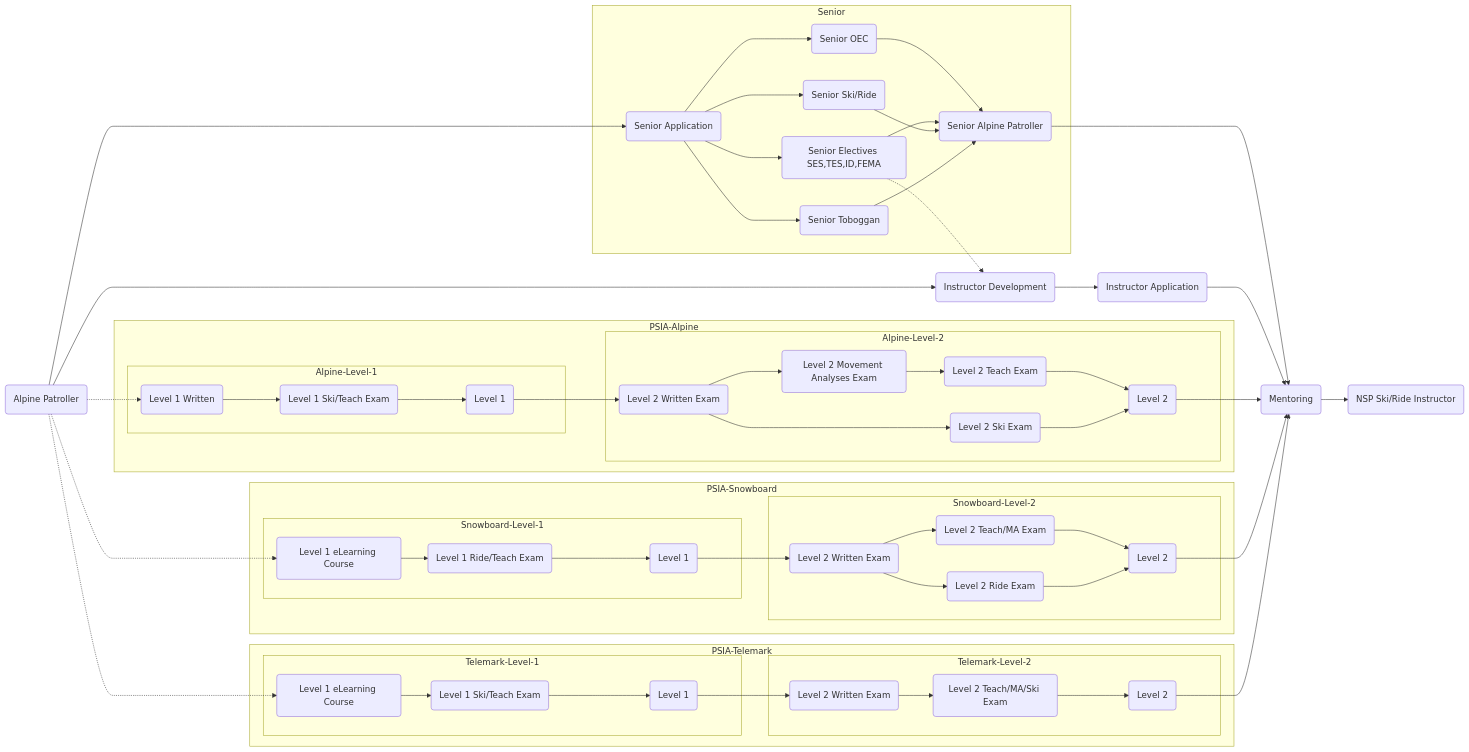
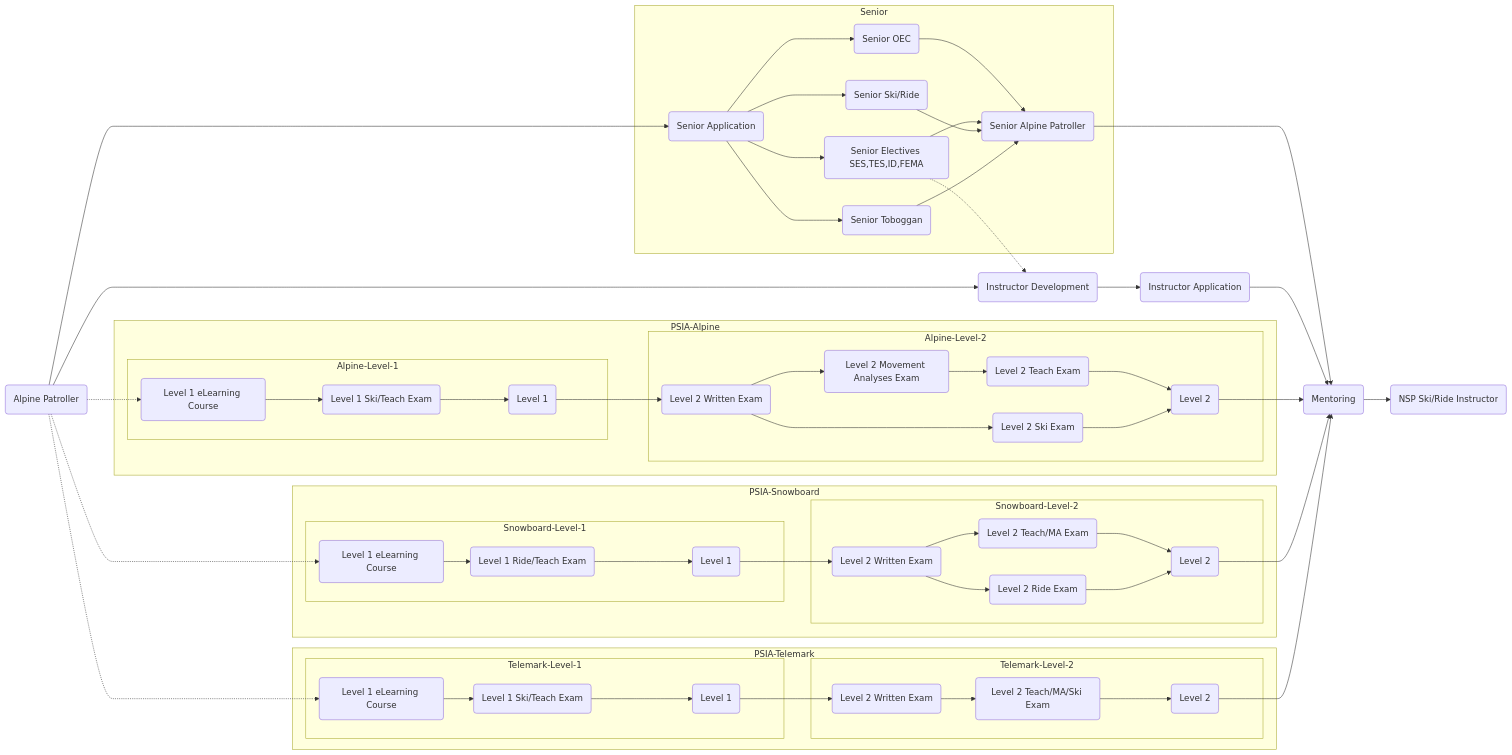
Before and after one commit to brookpatten/nsp-ohio-instructor-path: the diagram in README.md, drawn with Mermaid.

````diff
--- a/README.md
+++ b/README.md
@@ -1,69 +1,69 @@
 ```mermaid
   flowchart LR;
       AP(Alpine Patroller) --> SPA(Senior Application);
       subgraph Senior
       SPA --> SOEC(Senior OEC);
       SPA --> SE(Senior Electives SES,TES,ID,FEMA);
       SPA --> SR(Senior Ski/Ride);
       SPA --> ST(Senior Toboggan);
       SOEC --> SP(Senior Alpine Patroller);
       SE --> SP;
       SR --> SP;
       ST --> SP;
       end
       SE -.-> ID;
       SP --> M;
       AP --> ID(Instructor Development);
       ID --> IA(Instructor Application);
       IA --> M(Mentoring);
       M --> SRI(NSP Ski/Ride Instructor);
       
       subgraph PSIA-Alpine
       subgraph Alpine-Level-1
-      L1W(Level 1 Written) --> L1E(Level 1 Ski/Teach Exam);
+      L1W(Level 1 eLearning Course) --> L1E(Level 1 Ski/Teach Exam);
       L1E --> L1C(Level 1);
       end
       L1C --> L2W;
       subgraph Alpine-Level-2
       L2W(Level 2 Written Exam) --> L2MA(Level 2 Movement Analyses Exam);
       L2MA --> L2T(Level 2 Teach Exam);
       L2W --> L2S(Level 2 Ski Exam);
       L2T --> L2C(Level 2);
       L2S --> L2C;
       end
       end
       
       subgraph PSIA-Snowboard
       subgraph Snowboard-Level-1
       BL1W(Level 1 eLearning Course) --> BL1E(Level 1 Ride/Teach Exam);
       BL1E --> BL1C(Level 1);
       end
       BL1C --> BL2W;
       subgraph Snowboard-Level-2
       BL2W(Level 2 Written Exam) --> BL2T(Level 2 Teach/MA Exam);
       BL2W --> BL2S(Level 2 Ride Exam);
       BL2T --> BL2C(Level 2);
       BL2S --> BL2C;
       end
       end
 
       subgraph PSIA-Telemark
       subgraph Telemark-Level-1
       TL1W(Level 1 eLearning Course) --> TL1E(Level 1 Ski/Teach Exam);
       TL1E --> TL1C(Level 1);
       end
       TL1C --> TL2W;
       subgraph Telemark-Level-2
       TL2W(Level 2 Written Exam) --> TL2T(Level 2 Teach/MA/Ski Exam);
       TL2T --> TL2C(Level 2);
       end
       end
       
       
       L2C --> M;
       BL2C --> M;
       TL2C --> M;
       AP -.-> L1W;
       AP -.-> BL1W;
       AP -.-> TL1W;
 ```
````
